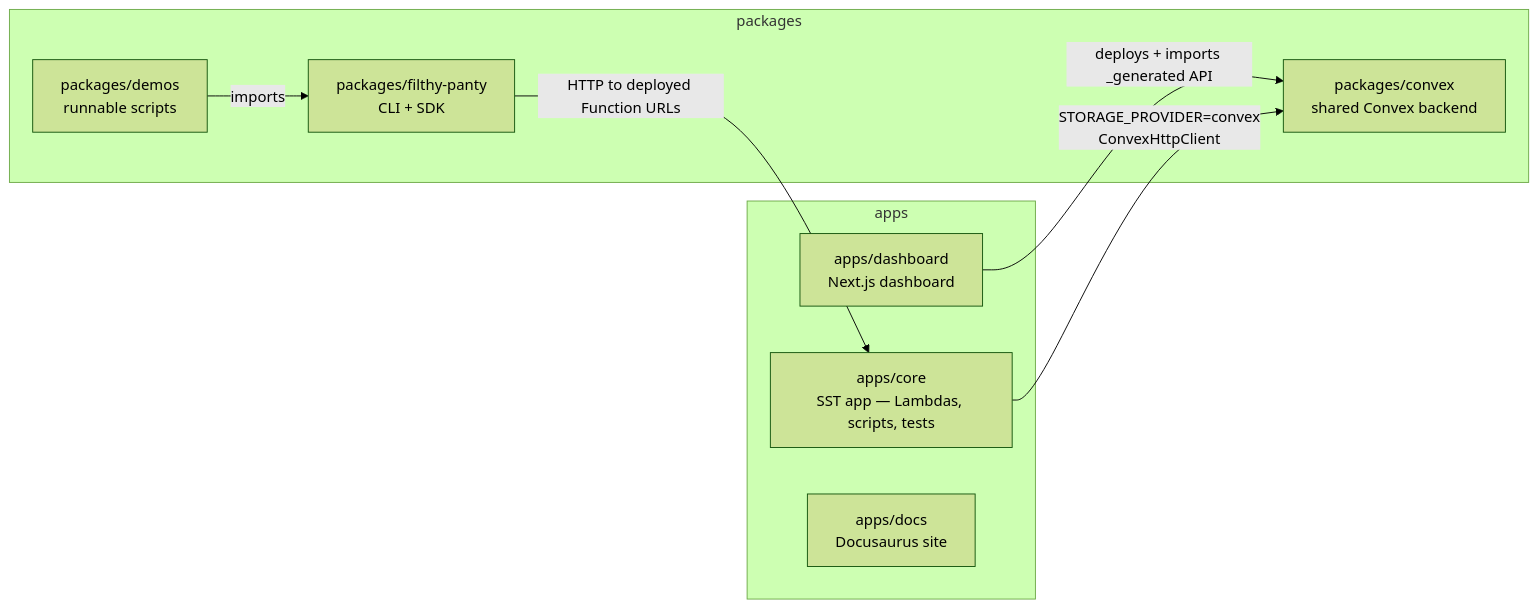
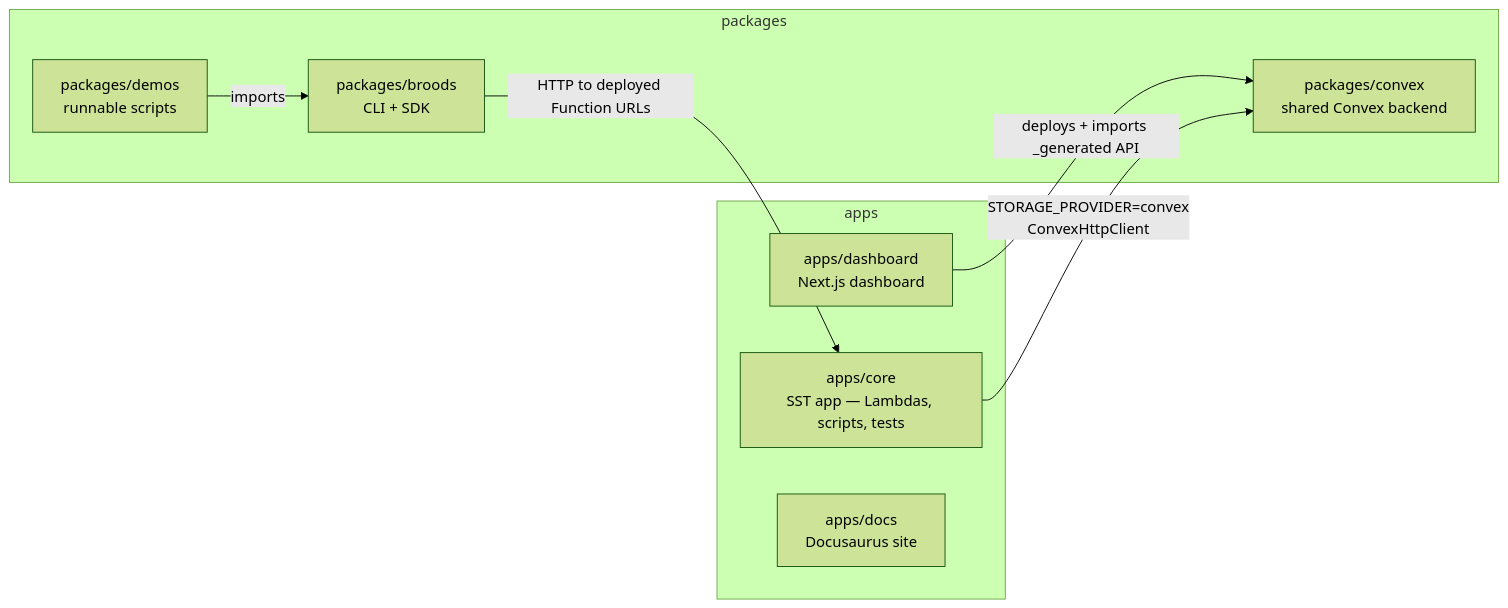
The first of 12 diagrams in apps/docs/docs/architecture.md (beeblastco/broods), drawn with Mermaid (forest theme) before and after one commit. The commit also changed 325 other files, not shown here.

````diff
--- a/apps/docs/docs/architecture.md
+++ b/apps/docs/docs/architecture.md
@@ -9,18 +9,18 @@
 ```mermaid
 flowchart LR
   subgraph apps
     Core["apps/core<br/>SST app — Lambdas, scripts, tests"]
     Dash["apps/dashboard<br/>Next.js dashboard"]
     Docs["apps/docs<br/>Docusaurus site"]
   end
   subgraph packages
     Cvx["packages/convex<br/>shared Convex backend"]
-    Sdk["packages/filthy-panty<br/>CLI + SDK"]
+    Sdk["packages/broods<br/>CLI + SDK"]
     Demos["packages/demos<br/>runnable scripts"]
   end
 
   Dash -->|"deploys + imports _generated API"| Cvx
   Core -->|"STORAGE_PROVIDER=convex<br/>ConvexHttpClient"| Cvx
   Demos -->|"imports"| Sdk
   Sdk -->|"HTTP to deployed Function URLs"| Core
 ```
````
